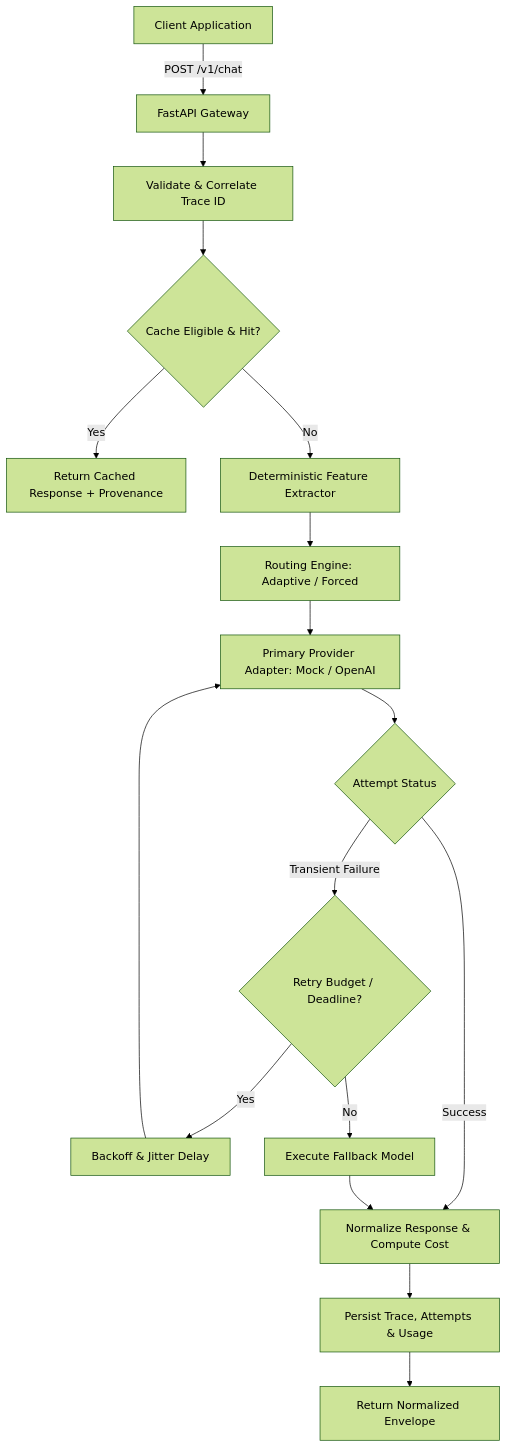
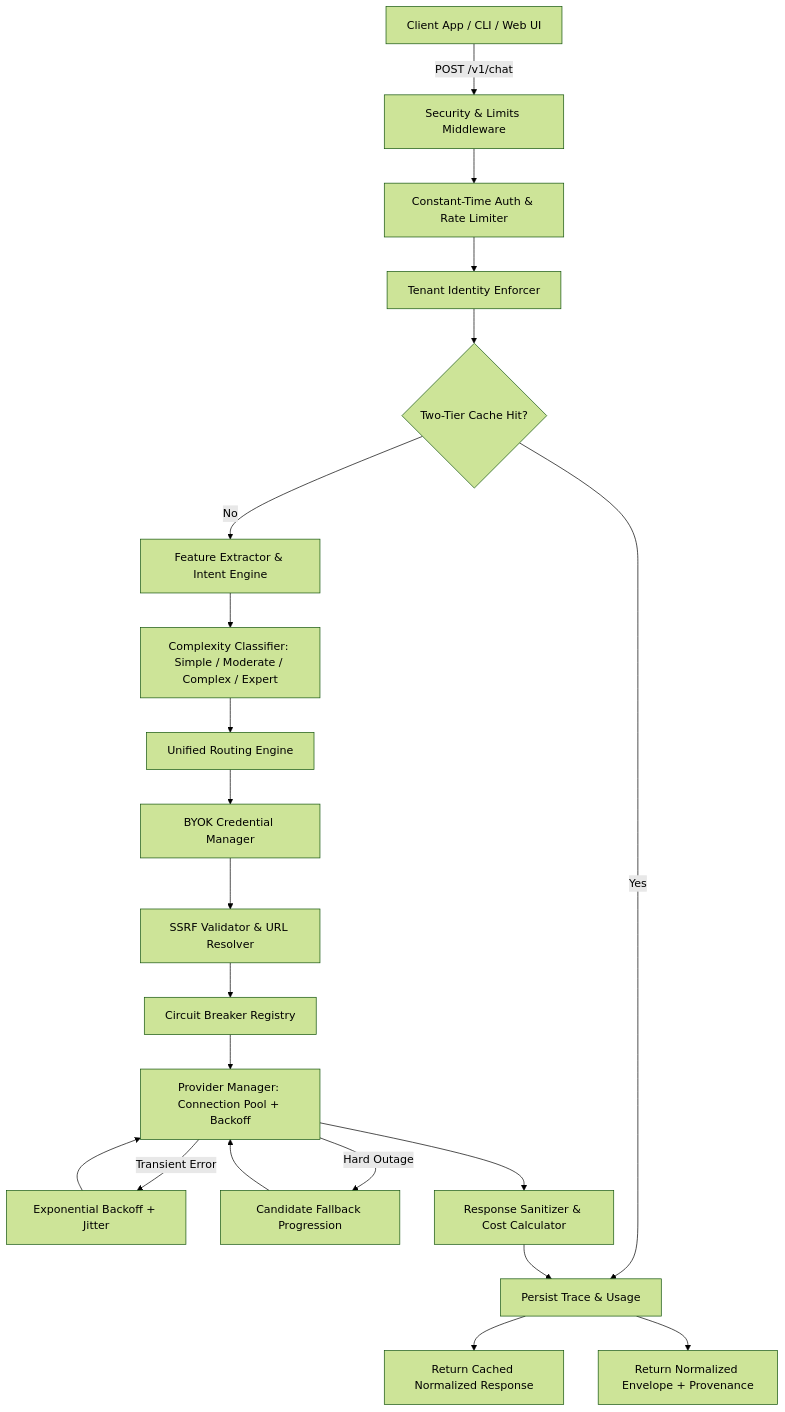
Before and after one commit to mohammedrehan143/smart-ai-gateway: the diagram in README.md, drawn with Mermaid (forest theme). The commit also changed other lines of this file and 67 other files, not shown here.

Commit message:
feat: unify routing architecture, enforce tenant rate limiting, and upgrade CI/CD

````diff
--- a/README.md
+++ b/README.md
@@ -26,19 +42,23 @@
 ```mermaid
 flowchart TD
-    A[Client Application] -->|POST /v1/chat| B[FastAPI Gateway]
-    B --> C[Validate & Correlate Trace ID]
-    C --> D{Cache Eligible & Hit?}
-    D -- Yes --> E[Return Cached Response + Provenance]
-    D -- No --> F[Deterministic Feature Extractor]
-    F --> G[Routing Engine: Adaptive / Forced]
-    G --> H[Primary Provider Adapter: Mock / OpenAI]
-    H --> I{Attempt Status}
-    I -- Success --> J[Normalize Response & Compute Cost]
-    I -- Transient Failure --> K{Retry Budget / Deadline?}
-    K -- Yes --> L[Backoff & Jitter Delay]
-    L --> H
-    K -- No --> M[Execute Fallback Model]
-    M --> J
-    J --> N[Persist Trace, Attempts & Usage]
-    N --> O[Return Normalized Envelope]
+    Client[Client App / CLI / Web UI] -->|POST /v1/chat| Ingress[Security & Limits Middleware]
+    Ingress --> Auth[Constant-Time Auth & Rate Limiter]
+    Auth --> TenantGuard[Tenant Identity Enforcer]
+    TenantGuard --> SemanticCache{Two-Tier Cache Hit?}
+    SemanticCache -- Yes --> TracePersist[Persist Trace & Usage]
+    TracePersist --> Return[Return Cached Normalized Response]
+    SemanticCache -- No --> FeatureEngine[Feature Extractor & Intent Engine]
+    FeatureEngine --> Classifier[Complexity Classifier: Simple / Moderate / Complex / Expert]
+    Classifier --> Router[Unified Routing Engine]
+    Router --> BYOK[BYOK Credential Manager]
+    BYOK --> SSRF[SSRF Validator & URL Resolver]
+    SSRF --> Circuit[Circuit Breaker Registry]
+    Circuit --> ExecEngine[Provider Manager: Connection Pool + Backoff]
+    ExecEngine -->|Transient Error| Retry[Exponential Backoff + Jitter]
+    Retry --> ExecEngine
+    ExecEngine -->|Hard Outage| Fallback[Candidate Fallback Progression]
+    Fallback --> ExecEngine
+    ExecEngine --> Sanitizer[Response Sanitizer & Cost Calculator]
+    Sanitizer --> TracePersist
+    TracePersist --> ReturnSuccess[Return Normalized Envelope + Provenance]
 ```
````
